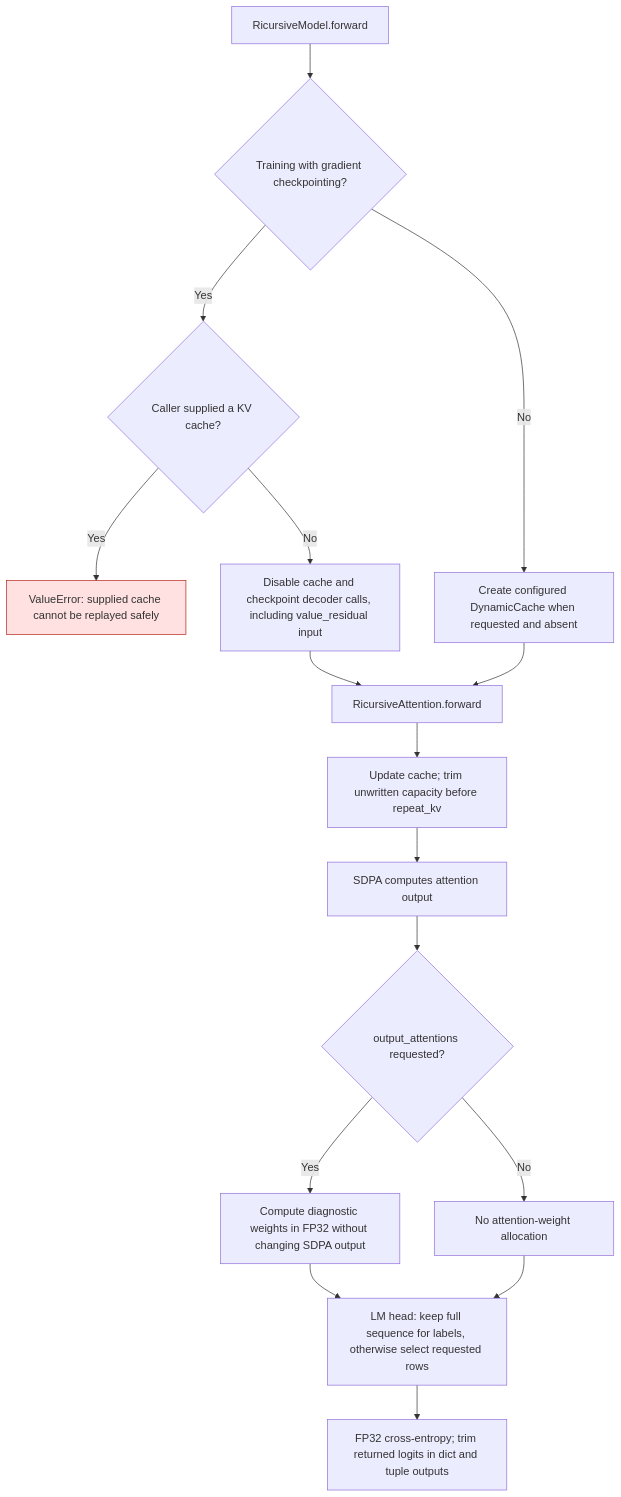
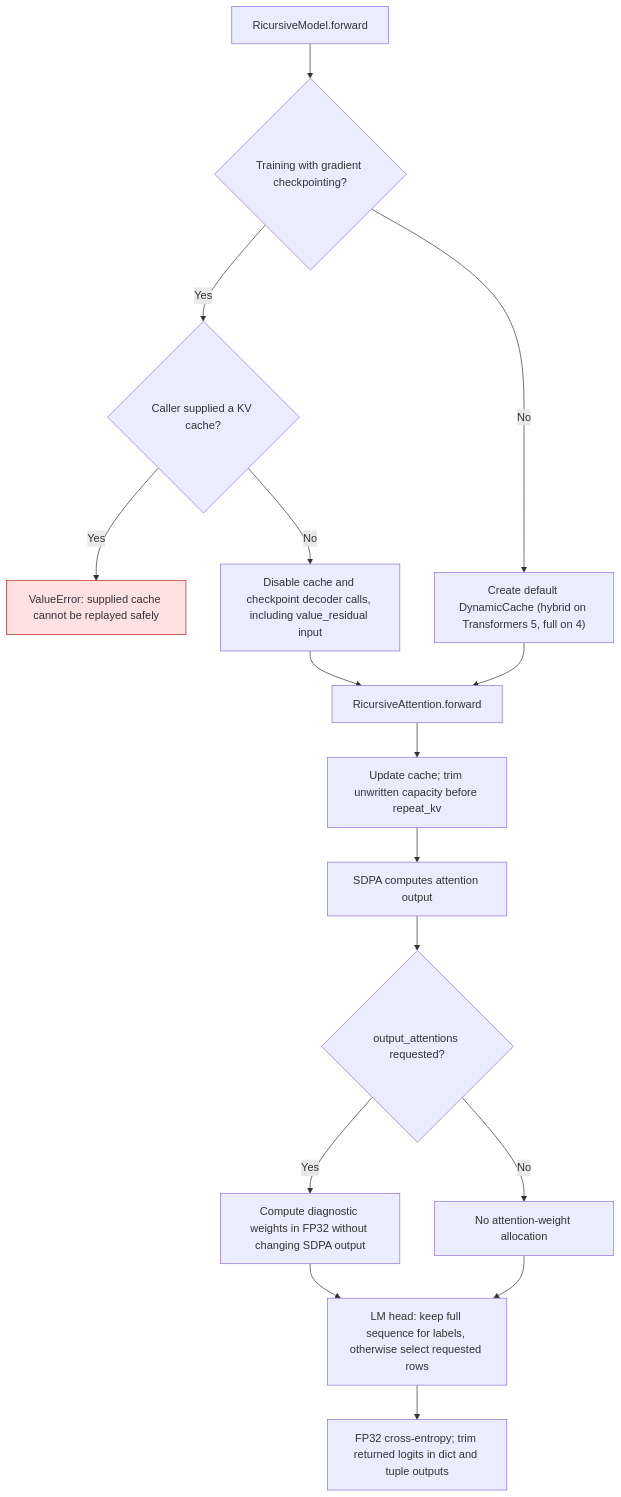
One commit to ModelCloud/GPTQModel changed the second of 3 diagrams in docs/ricursive-cached-generation.md. Above: the diagram before and after it, drawn with Mermaid. The commit also changed other lines of this file and 2 other files, not shown here.

First line of the commit message:
test(ricursive): cover the Transformers 4 default-cache rollback

````diff
--- a/docs/ricursive-cached-generation.md
+++ b/docs/ricursive-cached-generation.md
@@ -75,19 +81,19 @@
 ```mermaid
 flowchart TD
     A["RicursiveModel.forward"] --> B{"Training with gradient checkpointing?"}
     B -->|Yes| C{"Caller supplied a KV cache?"}
     C -->|Yes| X["ValueError: supplied cache cannot be replayed safely"]
     C -->|No| D["Disable cache and checkpoint decoder calls, including value_residual input"]
-    B -->|No| E["Create configured DynamicCache when requested and absent"]
+    B -->|No| E["Create default DynamicCache (hybrid on Transformers 5, full on 4)"]
     D --> F["RicursiveAttention.forward"]
     E --> F
     F --> G["Update cache; trim unwritten capacity before repeat_kv"]
     G --> H["SDPA computes attention output"]
     H --> I{"output_attentions requested?"}
     I -->|Yes| J["Compute diagnostic weights in FP32 without changing SDPA output"]
     I -->|No| K["No attention-weight allocation"]
     J --> L["LM head: keep full sequence for labels, otherwise select requested rows"]
     K --> L
     L --> M["FP32 cross-entropy; trim returned logits in dict and tuple outputs"]
     style X fill:#ffe1e1,stroke:#b42318
 ```
````
